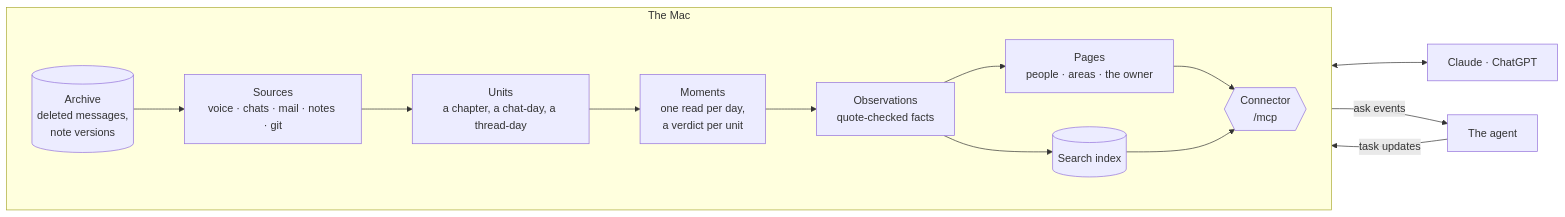
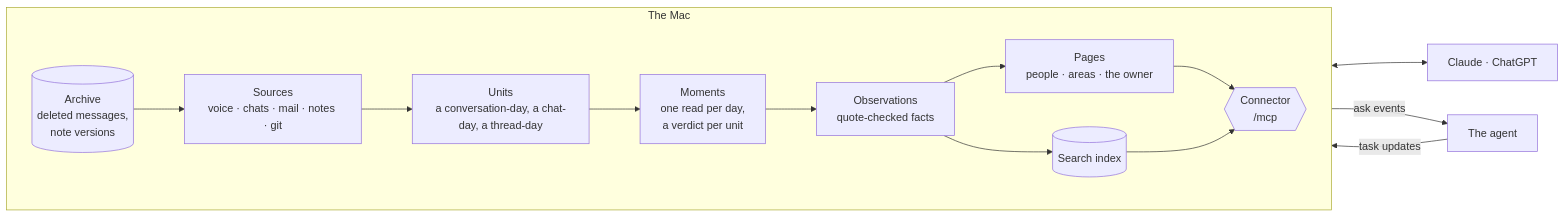
One commit to eric-edouard/life changed the diagram in docs/architecture.md. Above: the diagram before and after it, drawn with Mermaid. The commit also changed other lines of this file and 13 other files, not shown here.

Commit message:
Docs: voice units from conversations, the cutover, the one reader, summaries off by default

````diff
--- a/docs/architecture.md
+++ b/docs/architecture.md
@@ -28,17 +33,17 @@
 ```mermaid
 flowchart LR
   subgraph Mac["The Mac"]
     direction LR
-    S["Sources<br/>voice · chats · mail · notes · git"] --> U["Units<br/>a chapter, a chat-day, a thread-day"]
+    S["Sources<br/>voice · chats · mail · notes · git"] --> U["Units<br/>a conversation-day, a chat-day, a thread-day"]
     U --> M["Moments<br/>one read per day,<br/>a verdict per unit"]
     M --> O["Observations<br/>quote-checked facts"]
     O --> P["Pages<br/>people · areas · the owner"]
     O --> I[("Search index")]
     A[("Archive<br/>deleted messages,<br/>note versions")] --> S
     P --> C{{"Connector<br/>/mcp"}}
     I --> C
   end
   C <--> AI["Claude · ChatGPT"]
   C -- "ask events" --> AG["The agent"]
   AG -- "task updates" --> C
 ```
````
